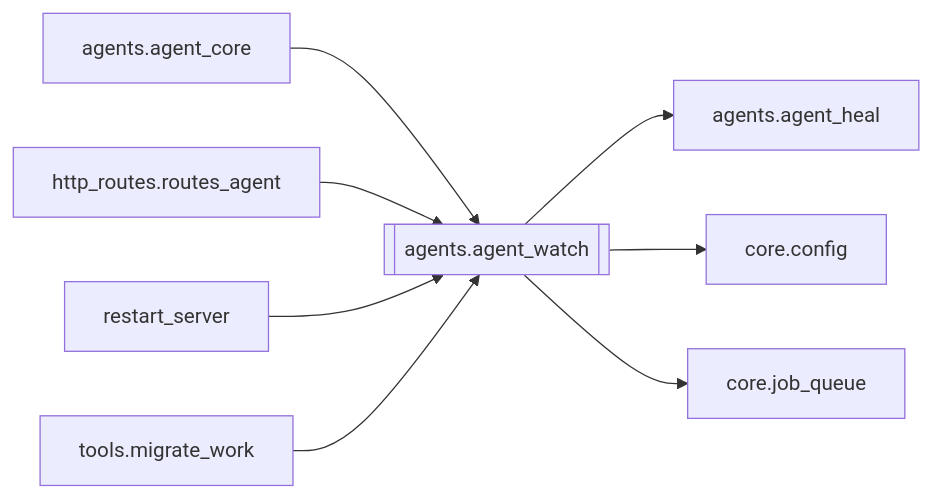
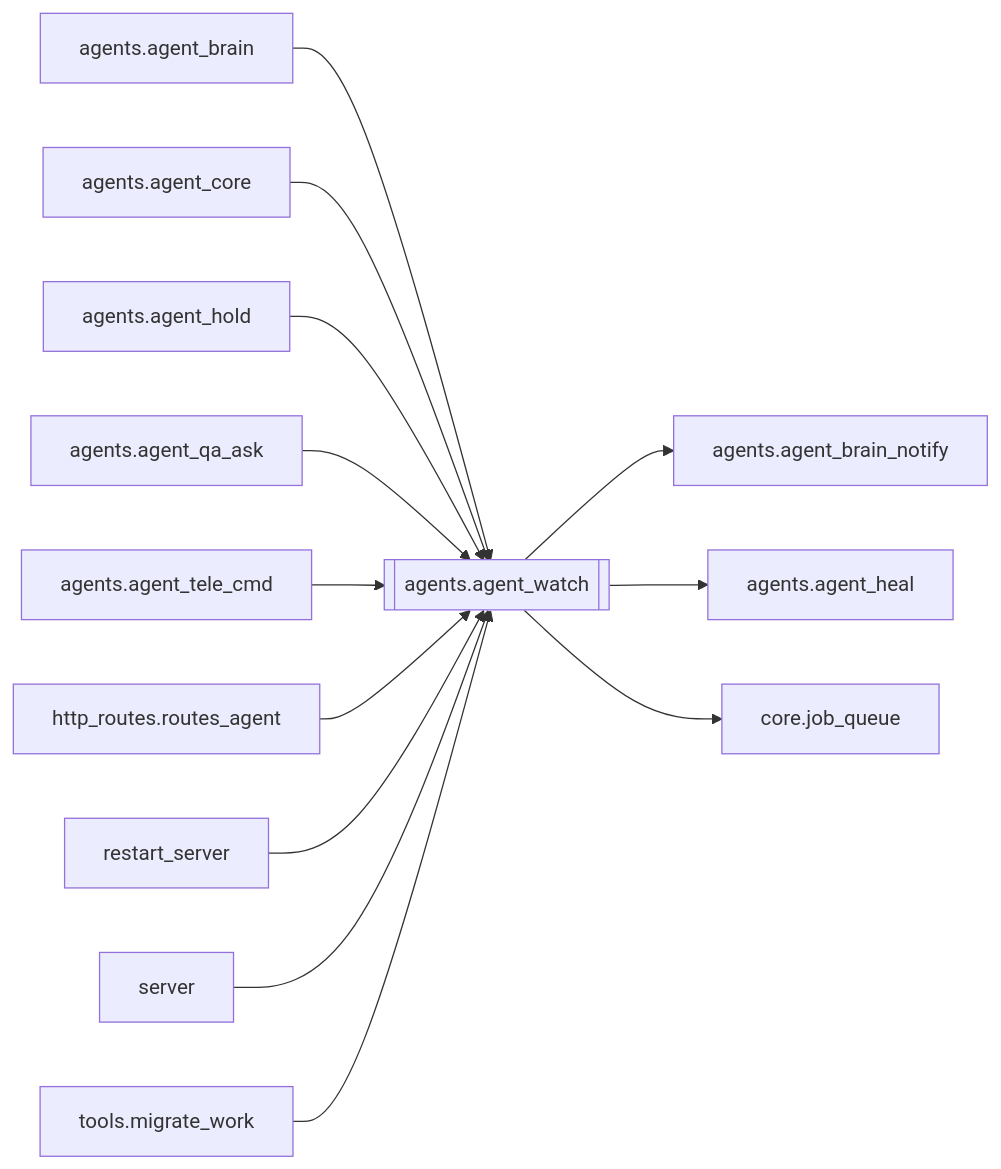
The diagram in docs/brain/modules/agents.agent_watch.md (kjza178/PinelineV5), drawn with Mermaid before and after one commit. The commit also changed other lines of this file and 227 other files, not shown here.

````diff
--- a/docs/brain/modules/agents.agent_watch.md
+++ b/docs/brain/modules/agents.agent_watch.md
@@ -16,11 +16,16 @@
 ```mermaid
 flowchart LR
   agents_agent_watch[[agents.agent_watch]]
+  agents_agent_brain[agents.agent_brain] --> agents_agent_watch
   agents_agent_core[agents.agent_core] --> agents_agent_watch
+  agents_agent_hold[agents.agent_hold] --> agents_agent_watch
+  agents_agent_qa_ask[agents.agent_qa_ask] --> agents_agent_watch
+  agents_agent_tele_cmd[agents.agent_tele_cmd] --> agents_agent_watch
   http_routes_routes_agent[http_routes.routes_agent] --> agents_agent_watch
   restart_server[restart_server] --> agents_agent_watch
+  server[server] --> agents_agent_watch
   tools_migrate_work[tools.migrate_work] --> agents_agent_watch
+  agents_agent_watch --> agents_agent_brain_notify[agents.agent_brain_notify]
   agents_agent_watch --> agents_agent_heal[agents.agent_heal]
-  agents_agent_watch --> core_config[core.config]
   agents_agent_watch --> core_job_queue[core.job_queue]
 ```
````
